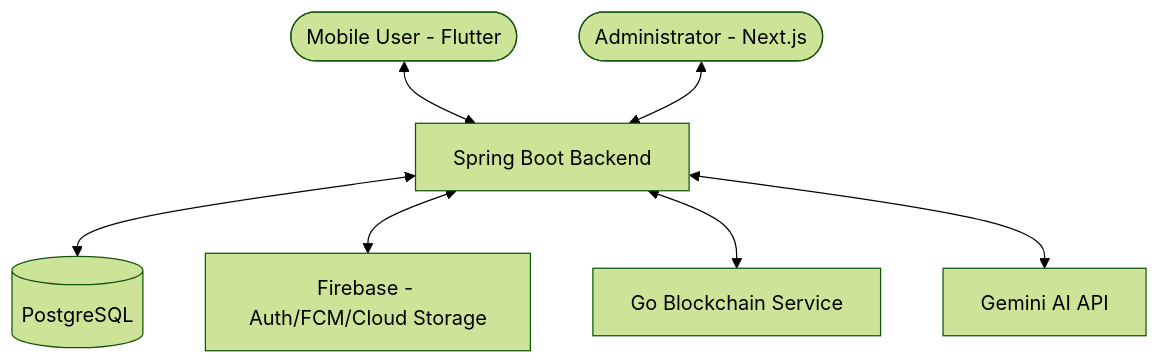
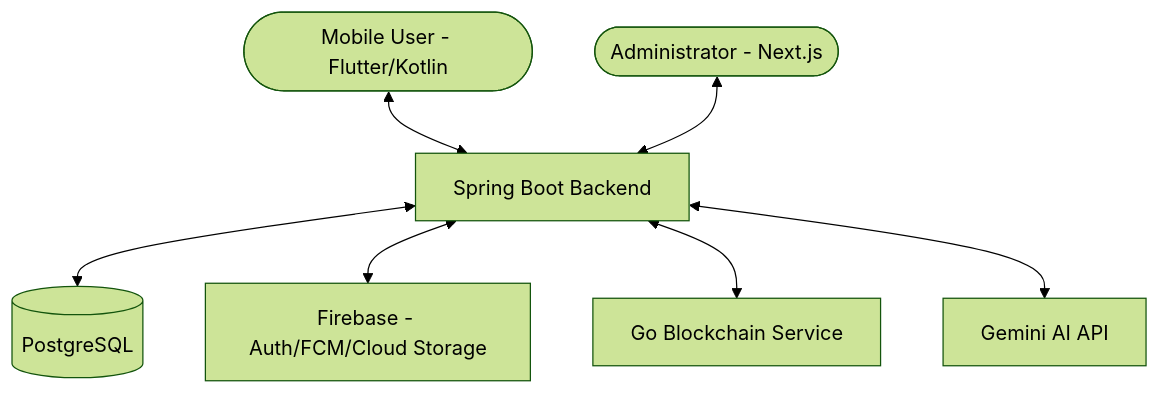
The diagram in AURA_SYSTEM_OVERVIEW.md (nibin-joseph05/Aura), drawn with Mermaid (forest theme) before and after one commit. The commit also changed other lines of this file and 5 other files, not shown here.

````diff
--- a/AURA_SYSTEM_OVERVIEW.md
+++ b/AURA_SYSTEM_OVERVIEW.md
@@ -37,9 +37,9 @@
 ```mermaid
 graph TD
-    User([Mobile User - Flutter]) <--> Backend[Spring Boot Backend]
+    User([Mobile User - Flutter/Kotlin]) <--> Backend[Spring Boot Backend]
     Admin([Administrator - Next.js]) <--> Backend
     Backend <--> DB[(PostgreSQL)]
     Backend <--> Firebase[Firebase - Auth/FCM/Cloud Storage]
     Backend <--> Chain[Go Blockchain Service]
     Backend <--> AI[Gemini AI API]
 ```
````
